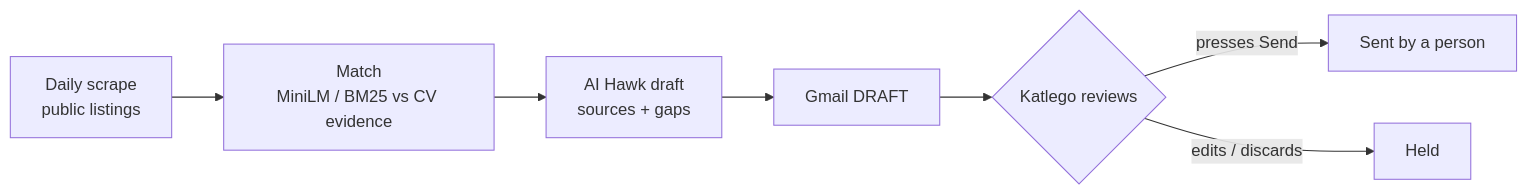
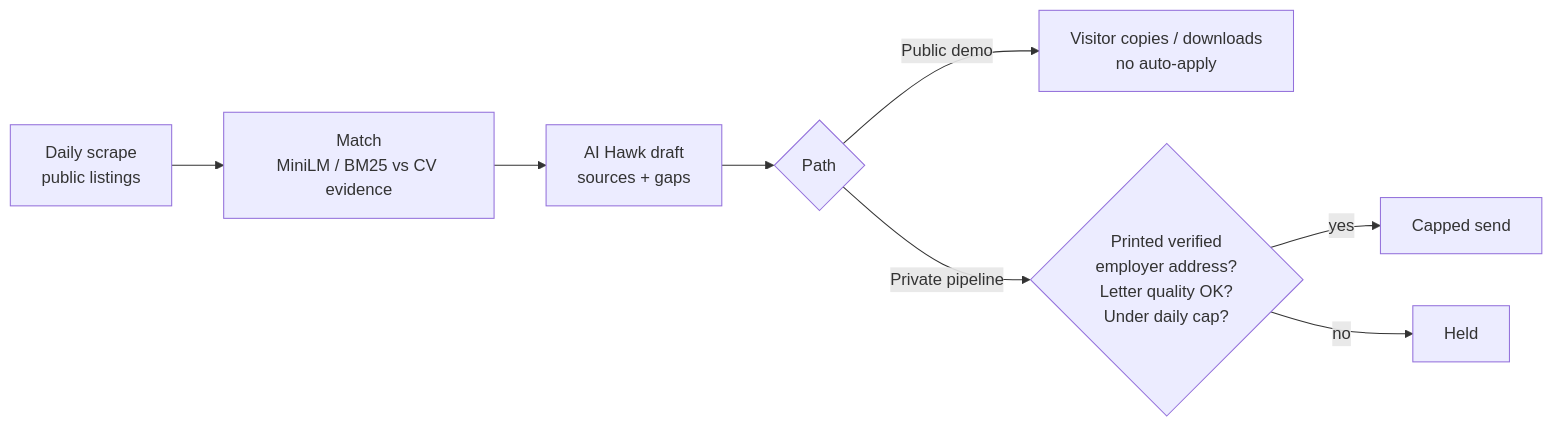
The diagram in apps/jobnet/README.md (Czar-ctrl/mens-mercatus-portfolio), drawn with Mermaid before and after one commit. The commit also changed other lines of this file and 32 other files, not shown here.

````diff
--- a/apps/jobnet/README.md
+++ b/apps/jobnet/README.md
@@ -23,9 +24,10 @@
 ```mermaid
 flowchart LR
   S[Daily scrape<br/>public listings] --> M[Match<br/>MiniLM / BM25 vs CV evidence]
   M --> D[AI Hawk draft<br/>sources + gaps]
-  D --> G[Gmail DRAFT]
-  G --> H{Katlego reviews}
-  H -- presses Send --> O[Sent by a person]
-  H -- edits / discards --> X[Held]
+  D --> P{Path}
+  P -->|Public demo| H[Visitor copies / downloads<br/>no auto-apply]
+  P -->|Private pipeline| G{Printed verified<br/>employer address?<br/>Letter quality OK?<br/>Under daily cap?}
+  G -- yes --> O[Capped send]
+  G -- no --> X[Held]
 ```
````
